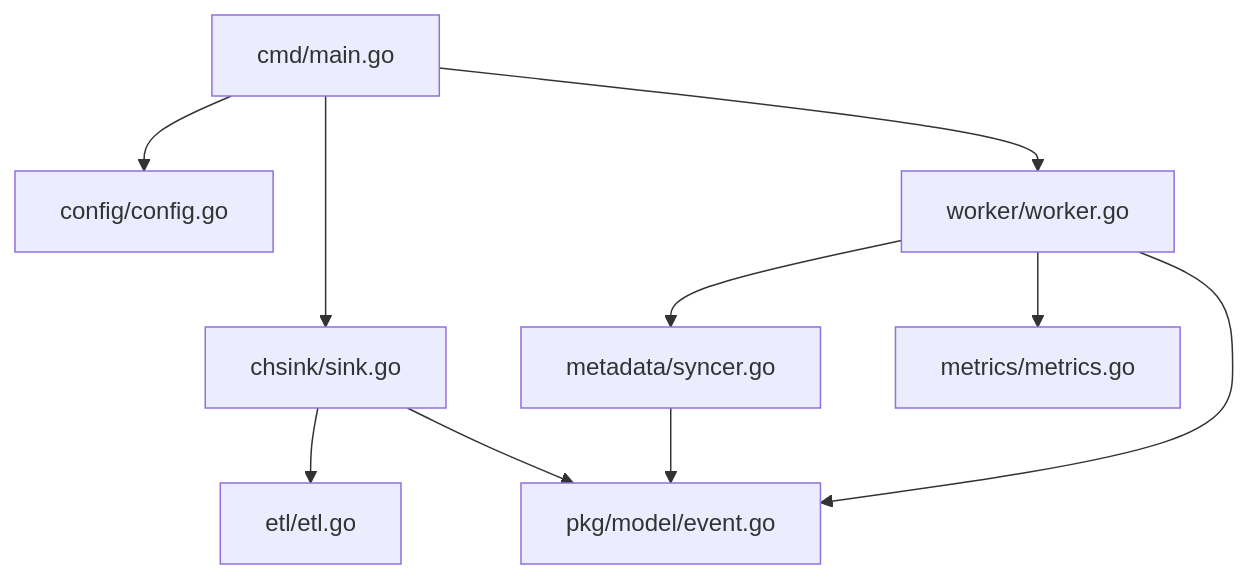
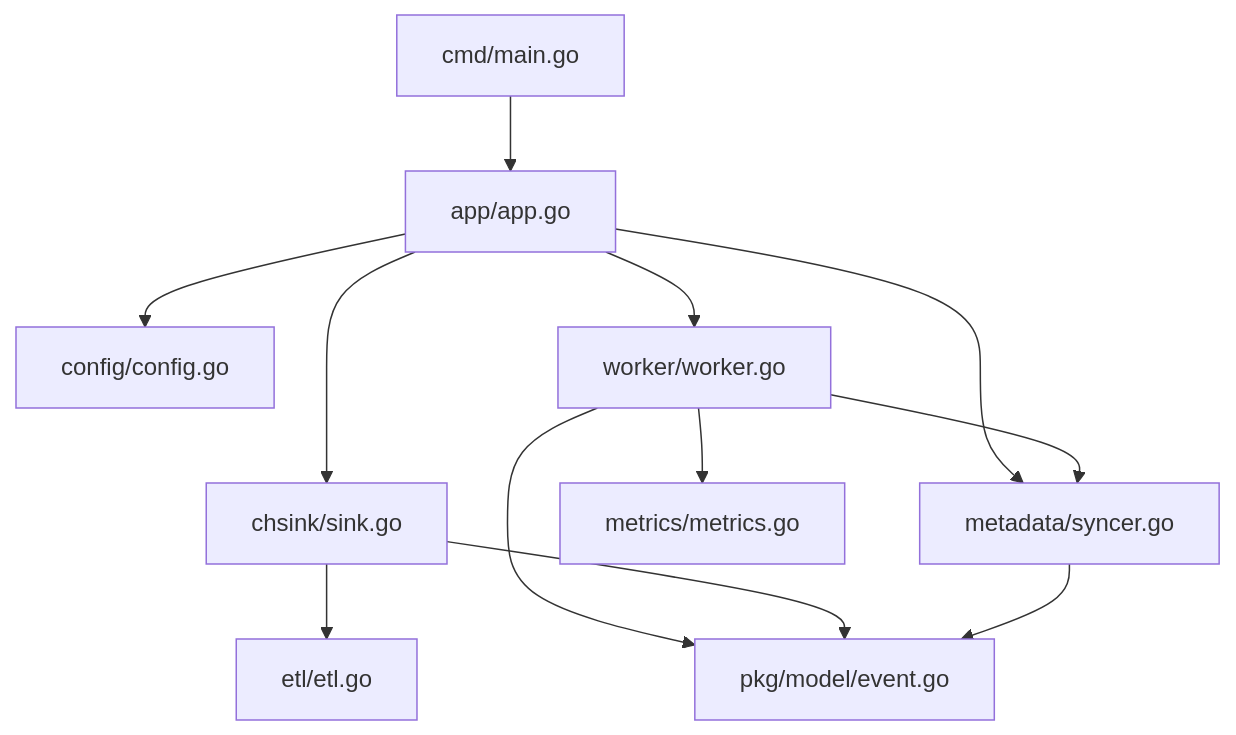
The ninth of 9 diagrams in .qoder/repowiki/zh/content/后端服务架构/Consumer服务.md (zhen-zhong/AeroLog), drawn with Mermaid before and after one commit. The commit also changed other lines of this file and 105 other files, not shown here.

````diff
--- a/.qoder/repowiki/zh/content/后端服务架构/Consumer服务.md
+++ b/.qoder/repowiki/zh/content/后端服务架构/Consumer服务.md
@@ -343,12 +388,14 @@
 ```mermaid
 graph TB
-CMD["cmd/main.go"] --> CFG["config/config.go"]
-CMD --> SINK["chsink/sink.go"]
-CMD --> WRK["worker/worker.go"]
-WRK --> META["metadata/syncer.go"]
+MAIN["cmd/main.go"] --> APP["app/app.go"]
+APP --> CFG["config/config.go"]
+APP --> SINK["chsink/sink.go"]
+APP --> WRK["worker/worker.go"]
+APP --> META["metadata/syncer.go"]
+WRK --> META
 WRK --> METRICS["metrics/metrics.go"]
 WRK --> MODEL["pkg/model/event.go"]
 SINK --> ETL["etl/etl.go"]
 SINK --> MODEL
 META --> MODEL
 ```
````
